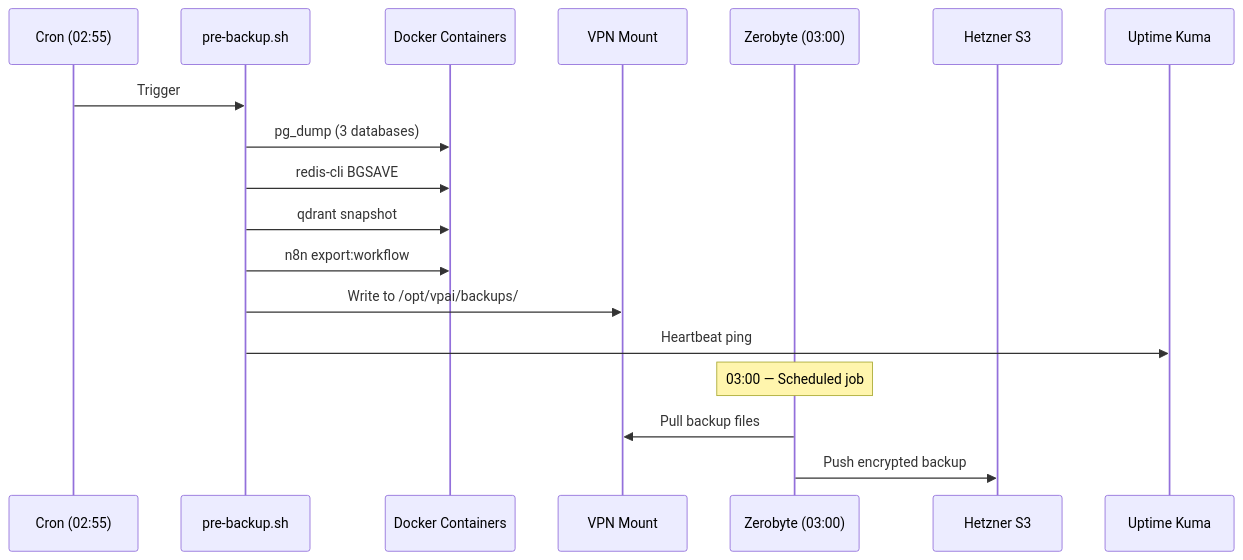
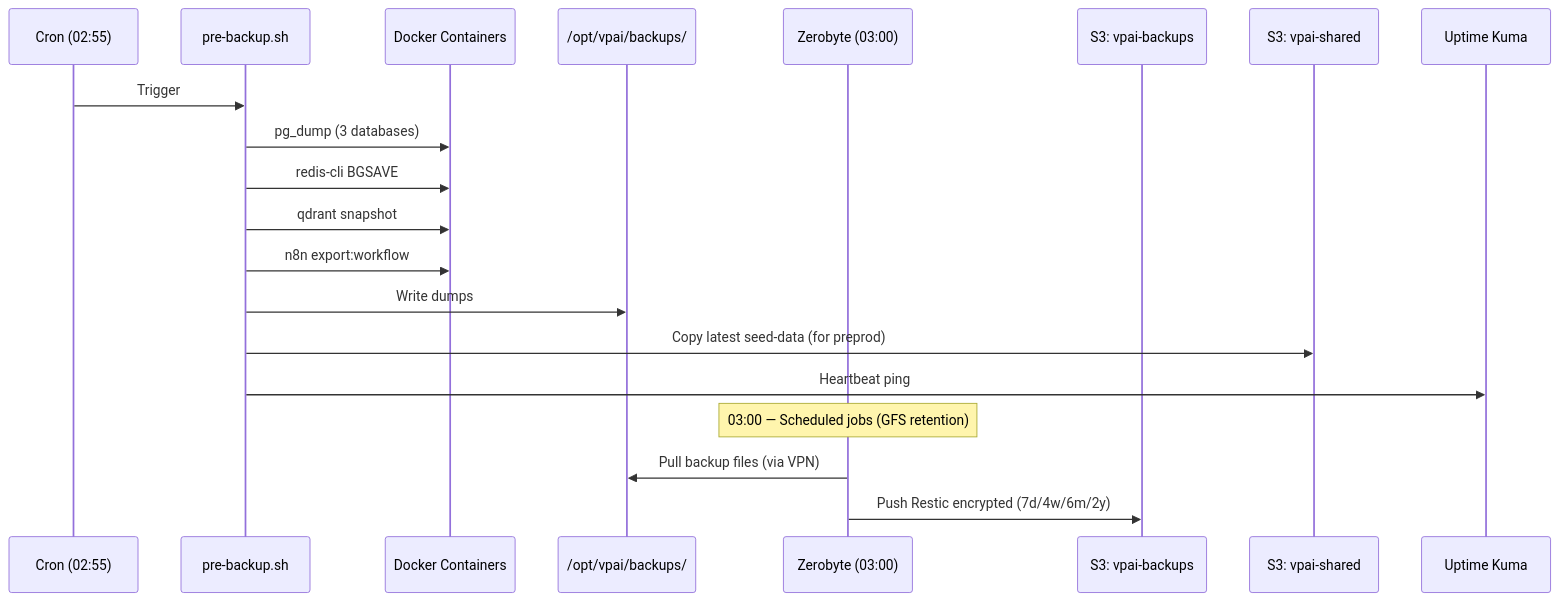
One commit to Mobutoo/VPAI changed the fourth of 5 diagrams in docs/ARCHITECTURE.md. Above: the diagram before and after it, drawn with Mermaid. The commit also changed other lines of this file and 9 other files, not shown here.

First line of the commit message:
docs: architecture backup GFS, tiering 3-tiers, strategie preprod

````diff
--- a/docs/ARCHITECTURE.md
+++ b/docs/ARCHITECTURE.md
@@ -165,22 +172,24 @@
 ```mermaid
 sequenceDiagram
     participant Cron as Cron (02:55)
     participant Script as pre-backup.sh
     participant Docker as Docker Containers
-    participant VPN as VPN Mount
+    participant Local as /opt/vpai/backups/
     participant Zerobyte as Zerobyte (03:00)
-    participant S3 as Hetzner S3
+    participant S3Back as S3: vpai-backups
+    participant S3Share as S3: vpai-shared
     participant UK as Uptime Kuma
 
     Cron->>Script: Trigger
     Script->>Docker: pg_dump (3 databases)
     Script->>Docker: redis-cli BGSAVE
     Script->>Docker: qdrant snapshot
     Script->>Docker: n8n export:workflow
-    Script->>VPN: Write to /opt/vpai/backups/
+    Script->>Local: Write dumps
+    Script->>S3Share: Copy latest seed-data (for preprod)
     Script->>UK: Heartbeat ping
 
-    Note over Zerobyte: 03:00 — Scheduled job
-    Zerobyte->>VPN: Pull backup files
-    Zerobyte->>S3: Push encrypted backup
+    Note over Zerobyte: 03:00 — Scheduled jobs (GFS retention)
+    Zerobyte->>Local: Pull backup files (via VPN)
+    Zerobyte->>S3Back: Push Restic encrypted (7d/4w/6m/2y)
 ```
````
